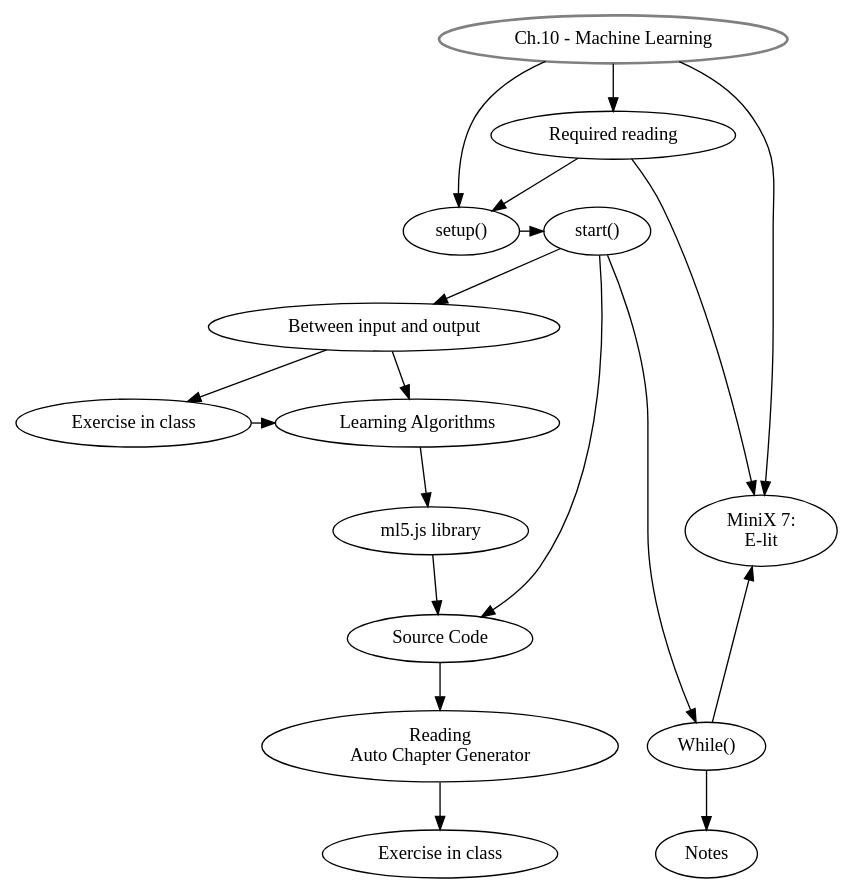
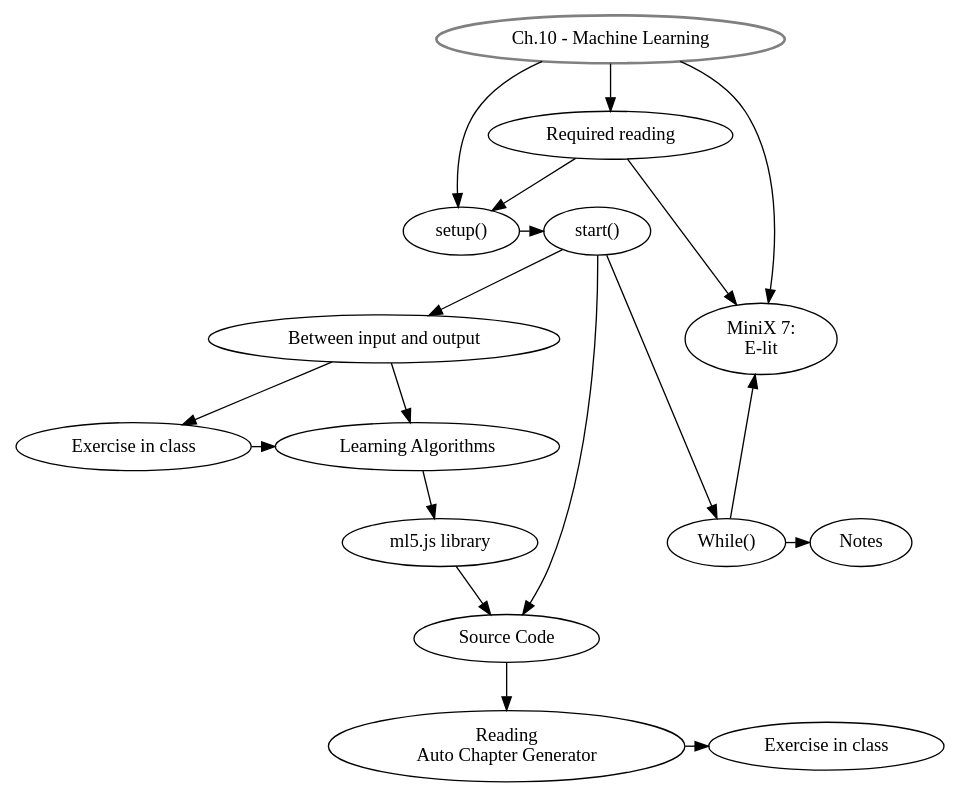
One commit to danbz/aesthetic-programming changed the diagram in graphviz/AP_ch10.dot. Above: the diagram before and after it, drawn with Graphviz. The commit also changed 1 other file, not shown here.

Commit message:
update flowchart

```diff
--- a/graphviz/AP_ch10.dot
+++ b/graphviz/AP_ch10.dot
@@ -1,38 +1,39 @@
 digraph G {
 //labels
 GS [
 label="Ch.10 - Machine Learning",
 style=bold,
 color=grey,
 ]
 
 SU [label="setup()"]
 ST [label="start()"]
 IO [label="Between input and output"]
 EiC [label="Exercise in class"]
 LA [label="Learning Algorithms"]
 ml5 [label="ml5.js library"]
 SC [label="Source Code"]
 RAG [label="Reading \nAuto Chapter Generator"]
 EiC2 [label="Exercise in class"]
 MW [label="While()"]
 MX [label="MiniX 7: \nE-lit"]
 RR [label="Required reading"]
 Notes [label="Notes"]
 
 //rank
 {rank = same; SU, ST}
-{rank = same; MX, ml5}
-{rank = same; MW, RAG}
+{rank = same; MX, IO}
+{rank = same; MW, ml5, Notes}
 {rank = same; EiC, LA}
+{rank = same; EiC2, RAG}
 
 //graph
 GS -> SU -> ST -> IO -> EiC;
 GS -> RR, MX;
 RR -> MX, SU;
 EiC -> LA;
 IO -> LA -> ml5 -> SC;
 ST -> SC -> RAG -> EiC2;
 ST -> MW -> Notes;
 MW -> MX;
 }
```
